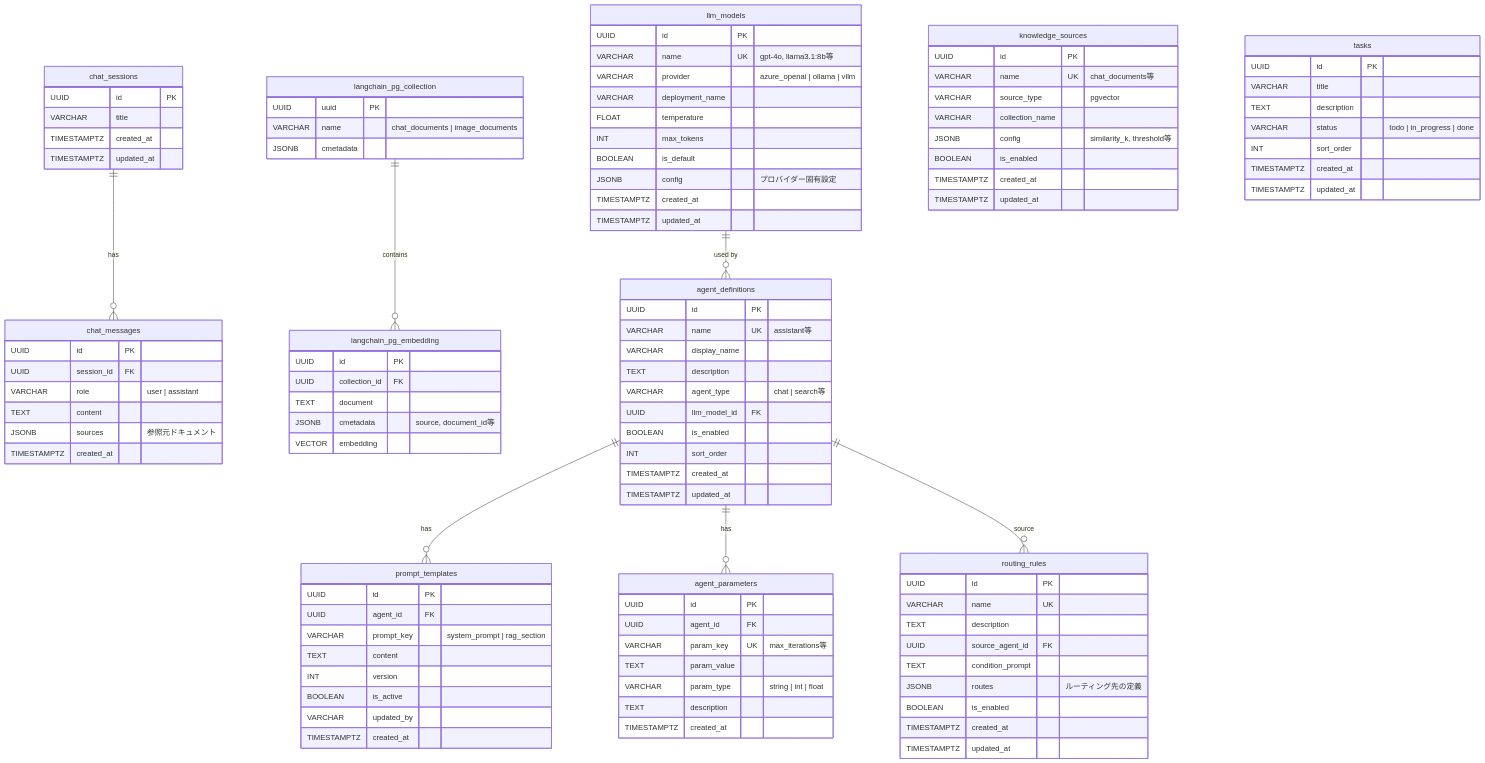
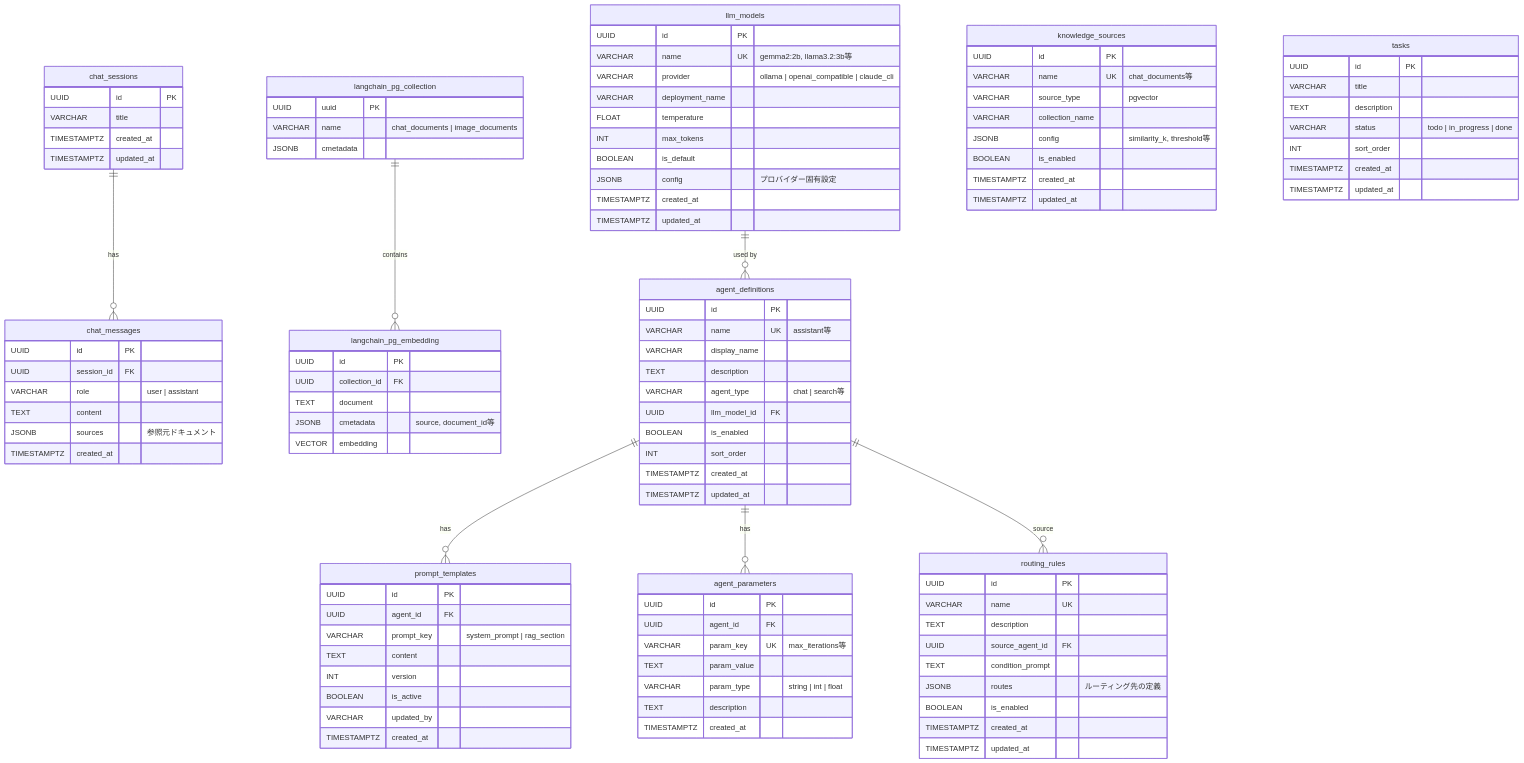
Before and after one commit to kazuharayama/chat-sandbox: the diagram in docs/er-diagram.md, drawn with Mermaid. The commit also changed other lines of this file and 18 other files, not shown here.

```diff
--- a/docs/er-diagram.md
+++ b/docs/er-diagram.md
@@ -43,8 +43,8 @@
     %% === エージェント設定系 ===
     llm_models {
         UUID id PK
-        VARCHAR name UK "gpt-4o, llama3.1:8b等"
-        VARCHAR provider "azure_openai | ollama | vllm"
+        VARCHAR name UK "gemma2:2b, llama3.2:3b等"
+        VARCHAR provider "ollama | openai_compatible | claude_cli"
         VARCHAR deployment_name
         FLOAT temperature
         INT max_tokens
```
